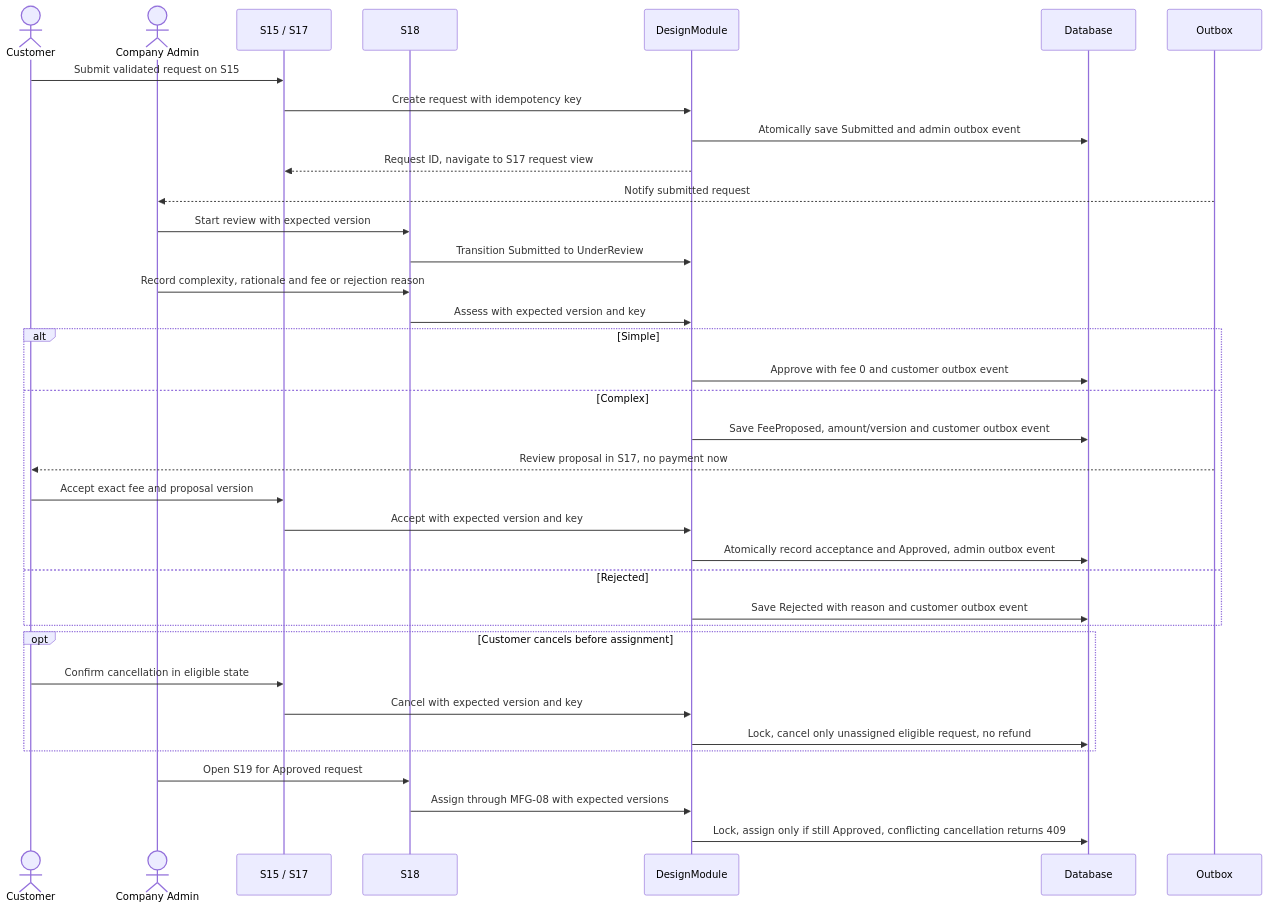
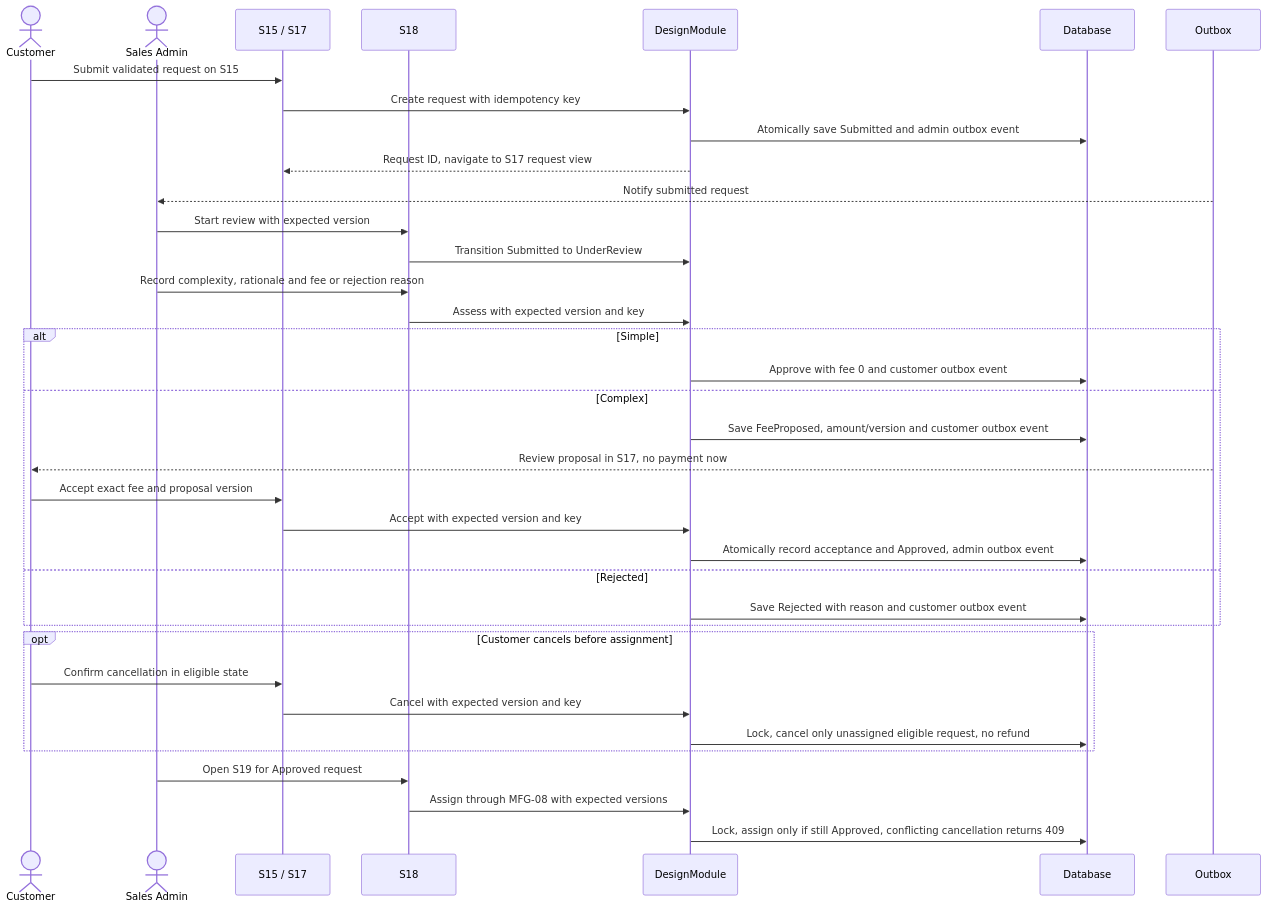
One commit to ankhanhwork/weavelink-project changed the third of 4 diagrams in specs/spec-MFG-05.md. Above: the diagram before and after it, drawn with Mermaid. The commit also changed other lines of this file and 101 other files, not shown here.

````diff
--- a/specs/spec-MFG-05.md
+++ b/specs/spec-MFG-05.md
@@ -121,39 +121,39 @@
 ```mermaid
 sequenceDiagram
     actor Customer
-    actor CompanyAdmin as Company Admin
+    actor CompanyAdmin as Sales Admin
     participant RequestUI as S15 / S17
     participant AdminUI as S18
     participant DesignModule
     participant Database
     participant Outbox
 
     Customer->>RequestUI: Submit validated request on S15
     RequestUI->>DesignModule: Create request with idempotency key
     DesignModule->>Database: Atomically save Submitted and admin outbox event
     DesignModule-->>RequestUI: Request ID, navigate to S17 request view
     Outbox-->>CompanyAdmin: Notify submitted request
     CompanyAdmin->>AdminUI: Start review with expected version
     AdminUI->>DesignModule: Transition Submitted to UnderReview
     CompanyAdmin->>AdminUI: Record complexity, rationale and fee or rejection reason
     AdminUI->>DesignModule: Assess with expected version and key
     alt Simple
         DesignModule->>Database: Approve with fee 0 and customer outbox event
     else Complex
         DesignModule->>Database: Save FeeProposed, amount/version and customer outbox event
         Outbox-->>Customer: Review proposal in S17, no payment now
         Customer->>RequestUI: Accept exact fee and proposal version
         RequestUI->>DesignModule: Accept with expected version and key
         DesignModule->>Database: Atomically record acceptance and Approved, admin outbox event
     else Rejected
         DesignModule->>Database: Save Rejected with reason and customer outbox event
     end
     opt Customer cancels before assignment
         Customer->>RequestUI: Confirm cancellation in eligible state
         RequestUI->>DesignModule: Cancel with expected version and key
         DesignModule->>Database: Lock, cancel only unassigned eligible request, no refund
     end
     CompanyAdmin->>AdminUI: Open S19 for Approved request
     AdminUI->>DesignModule: Assign through MFG-08 with expected versions
     DesignModule->>Database: Lock, assign only if still Approved, conflicting cancellation returns 409
 ```
````
